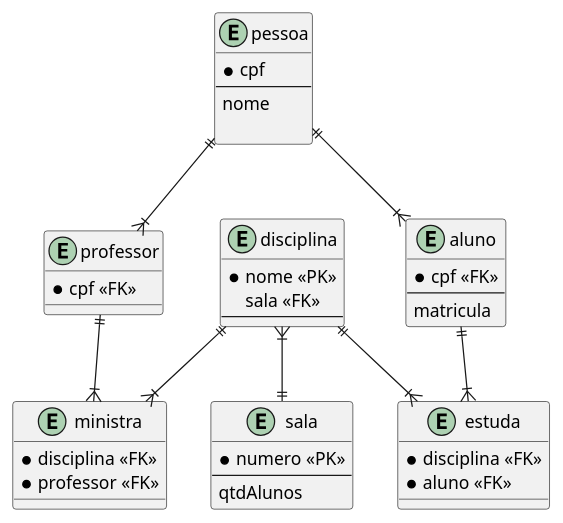
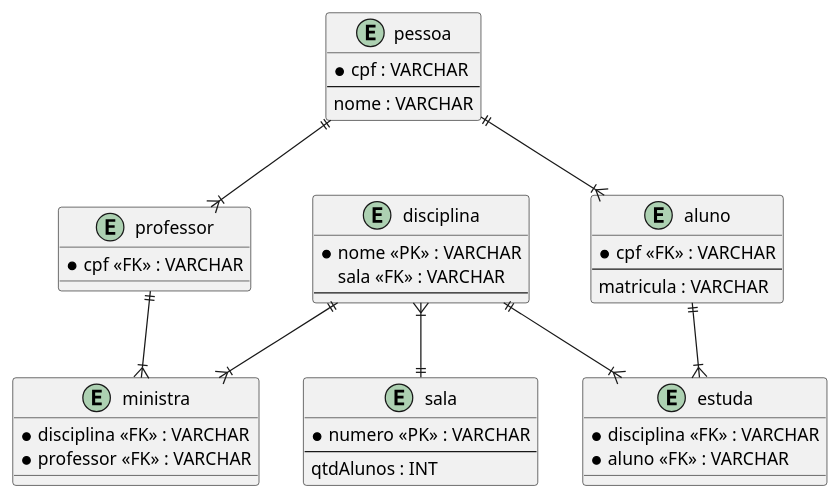
The diagram in modelagem/dozaluno4.wsd (galaticghost/NovaGuieqKlarrind), drawn with PlantUML before and after one commit. The commit also changed 3 other files, not shown here.

```diff
--- a/modelagem/dozaluno4.wsd
+++ b/modelagem/dozaluno4.wsd
@@ -1,51 +1,50 @@
 @startuml HLPMEI IMHE HOMMIIIII HELP HEALPLPGL MI JOMI@IMGMI@@@!!!!!
 
 
 entity pessoa{
-    *cpf
+    *cpf : VARCHAR
     --
-    nome
-
+    nome : VARCHAR
 }
 
 entity aluno{
-    *cpf <<FK>>
+    *cpf <<FK>> : VARCHAR
     --
-    matricula
+    matricula : VARCHAR
 }
 
 entity professor{
-    *cpf <<FK>>
+    *cpf <<FK>> : VARCHAR
 }
 
 entity estuda{
-    *disciplina <<FK>>
-    *aluno <<FK>>
+    *disciplina <<FK>> : VARCHAR
+    *aluno <<FK>> : VARCHAR
 }
 
 entity ministra{
-    *disciplina <<FK>>
-    *professor <<FK>>
+    *disciplina <<FK>> : VARCHAR
+    *professor <<FK>> : VARCHAR
 }
 
 entity disciplina{
-    *nome <<PK>>
-    sala <<FK>>
+    *nome <<PK>> : VARCHAR
+    sala <<FK>> : VARCHAR
     --
 }
 
 entity sala{
-    *numero <<PK>>
+    *numero <<PK>> : VARCHAR
     --
-    qtdAlunos
+    qtdAlunos : INT
 }
 
 pessoa ||--|{ aluno
 pessoa ||--|{ professor
 aluno ||--|{ estuda
 professor ||--|{ ministra
 disciplina ||--|{ estuda
 disciplina ||--|{ ministra
 disciplina }|--|| sala
 
 @enduml
```
